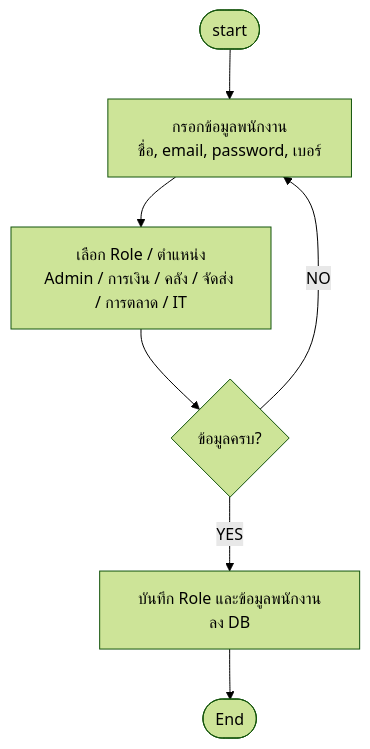
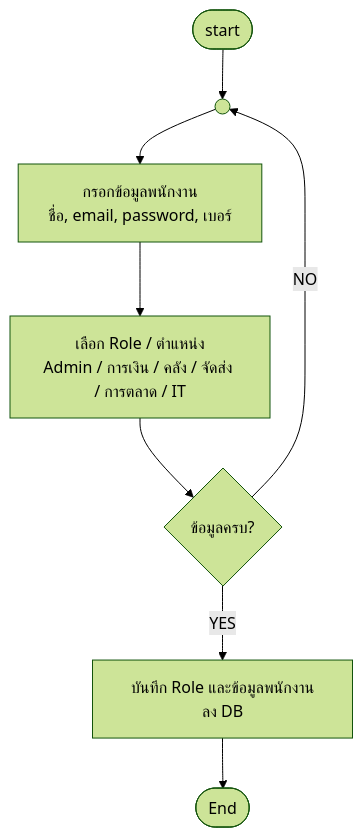
Before and after one commit to doraemon-kub/CSI402_Project-final: diagram 13 of 18 in README.md, drawn with Mermaid (forest theme). The commit also changed other lines of this file, not shown here.

Commit message:
docs: add ANSI standard on-page connector symbols (( )) to loop-back and junction flowcharts

````diff
--- a/README.md
+++ b/README.md
@@ -317,9 +333,10 @@
 ```mermaid
 flowchart TD
-    Start([start]) --> InputStaffInfo[กรอกข้อมูลพนักงาน\nชื่อ, email, password, เบอร์]
+    Start([start]) --> ConnAddUser(( ))
+    ConnAddUser --> InputStaffInfo[กรอกข้อมูลพนักงาน\nชื่อ, email, password, เบอร์]
     InputStaffInfo --> SelectRole[เลือก Role / ตำแหน่ง\nAdmin / การเงิน / คลัง / จัดส่ง / การตลาด / IT]
     SelectRole --> CheckUserComplete{ข้อมูลครบ?}
-    CheckUserComplete -- NO --> InputStaffInfo
+    CheckUserComplete -- NO --> ConnAddUser
     CheckUserComplete -- YES --> SaveRoleDB[บันทึก Role และข้อมูลพนักงานลง DB]
     SaveRoleDB --> End([End])
 ```
````
